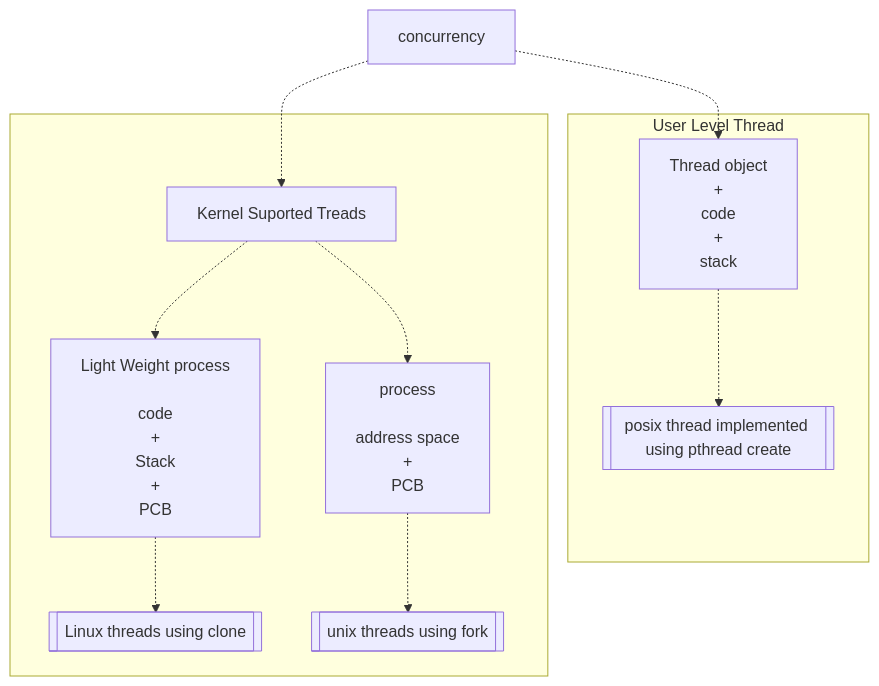
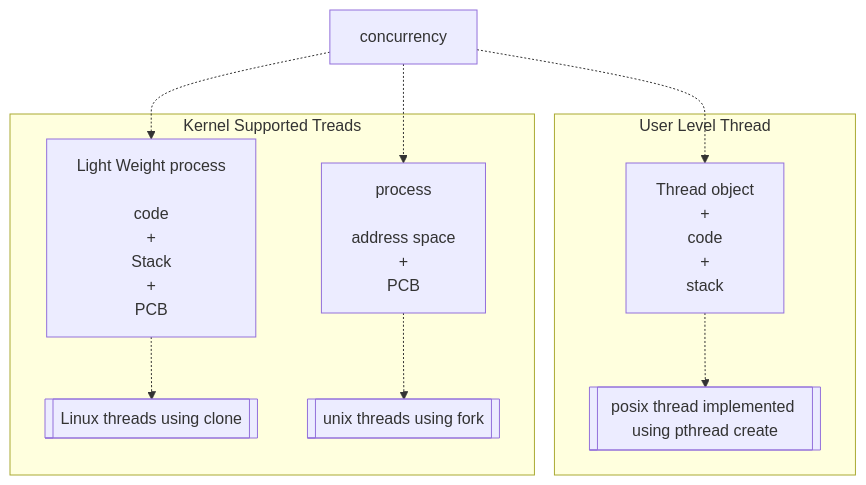
The sixth of 6 diagrams in Linux_Embedded_development.md (DEV-5/MY_NOTES), drawn with Mermaid before and after one commit. The commit also changed other lines of this file, not shown here.

Commit message:
linux, append concurrent app section part-1 to notes

````diff
--- a/Linux_Embedded_development.md
+++ b/Linux_Embedded_development.md
@@ -1909,20 +1922,21 @@
-    ```mermaid
-    flowchart TD
-        A["concurrency"]
-        C[Kernel Suported Treads]
-        D[process \n\n address space\n + \n PCB]
-        G[[Linux threads using clone]]
-        H[[unix threads using fork]]
-        E[Light Weight process \n\n code \n + \n Stack \n+ \n PCB]
-        
-        A .->B[Thread object \n + \n code \n + \n stack]
-        A .->C
-        subgraph User Level Thread
-        B .-> F[["posix thread implemented using pthread create"]]
-        end
-        
-        subgraph  
-        C .-> D .-> H
-        C .-> E .-> G
-        end 
-    ```
+```mermaid
+flowchart TD
+    A["concurrency"]
+  
+    D[process \n\n address space\n + \n PCB]
+    G[[Linux threads using clone]]
+    H[[unix threads using fork]]
+    E[Light Weight process \n\n code \n + \n Stack \n+ \n PCB]
+    
+    A .-> B[Thread object \n + \n code \n + \n stack]
+    A .-> D
+    A .-> E
+    subgraph User Level Thread
+    B .-> F[["posix thread implemented using pthread create"]]
+    end
+    
+    subgraph Kernel Supported Treads
+    D .-> H
+    E .-> G
+    end 
+```
````
